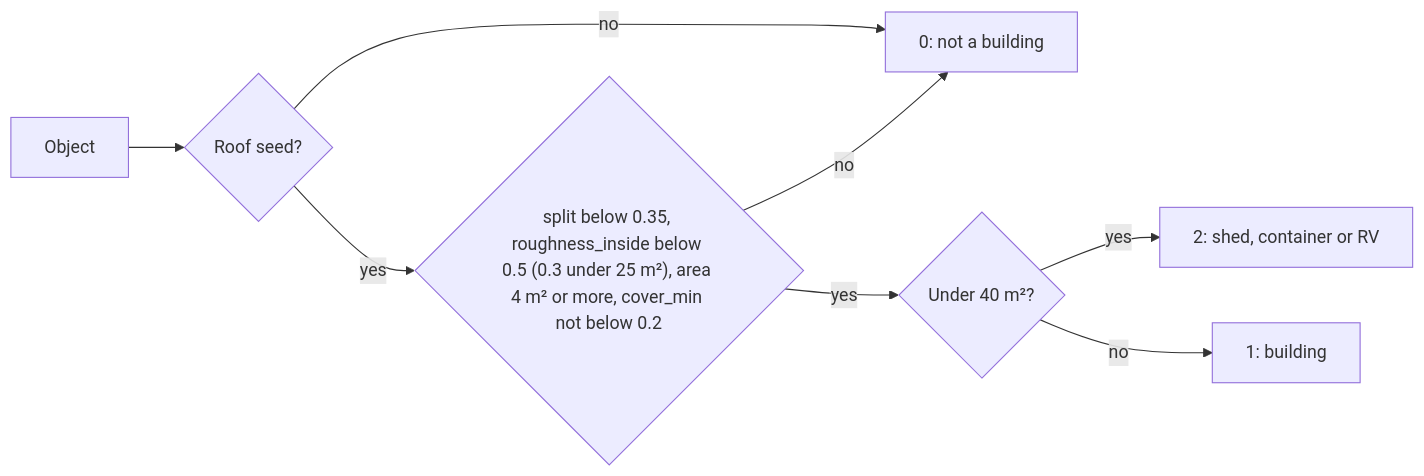
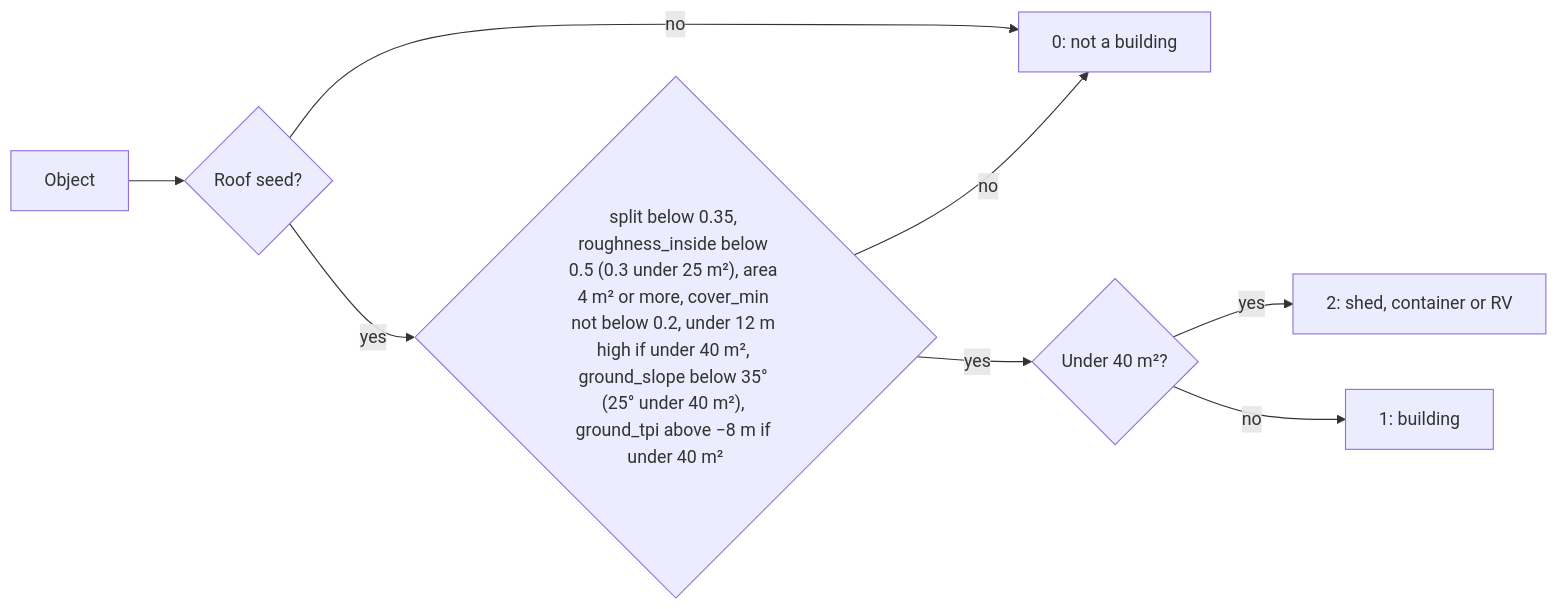
One commit to kulpojke/detection changed the third of 4 diagrams in theoretical_basis.md. Above: the diagram before and after it, drawn with Mermaid. The commit also changed other lines of this file and 7 other files, not shown here.

````diff
--- a/theoretical_basis.md
+++ b/theoretical_basis.md
@@ -183,10 +191,10 @@
 ```mermaid
 flowchart LR
   O["Object"] --> A{"Roof seed?"}
   A -- no --> N["0: not a building"]
-  A -- yes --> B{"split below 0.35, roughness_inside below 0.5 (0.3 under 25 m²), area 4 m² or more, cover_min not below 0.2"}
+  A -- yes --> B{"split below 0.35, roughness_inside below 0.5 (0.3 under 25 m²), area 4 m² or more, cover_min not below 0.2, under 12 m high if under 40 m², ground_slope below 35° (25° under 40 m²), ground_tpi above −8 m if under 40 m²"}
   B -- no --> N
   B -- yes --> C{"Under 40 m²?"}
   C -- yes --> S["2: shed, container or RV"]
   C -- no --> Y["1: building"]
 ```
````
